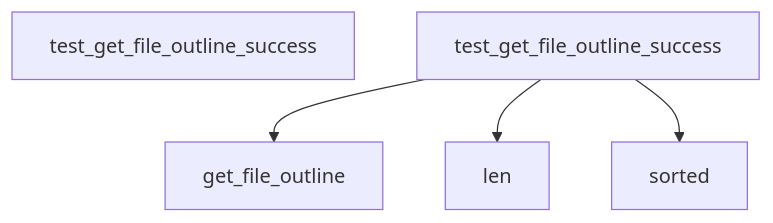
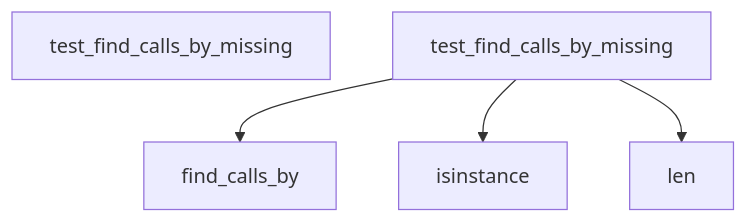
Before and after one commit to hazalkoom/DECODEx01: diagram 25 of 27 in docs/DATA_FLOW.md, drawn with Mermaid. The commit also changed other lines of this file and 12 other files, not shown here.

````diff
--- a/docs/DATA_FLOW.md
+++ b/docs/DATA_FLOW.md
@@ -925,17 +833,17 @@
 ```mermaid
 graph TD
-    Start[test_get_file_outline_success]
+    Start[test_find_calls_by_missing]
 
 
-    test_get_file_outline_success --> get_file_outline
+    test_find_calls_by_missing --> find_calls_by
 
 
 
-    test_get_file_outline_success --> len
+    test_find_calls_by_missing --> isinstance
 
 
 
-    test_get_file_outline_success --> sorted
+    test_find_calls_by_missing --> len
 
 
 ```
````
